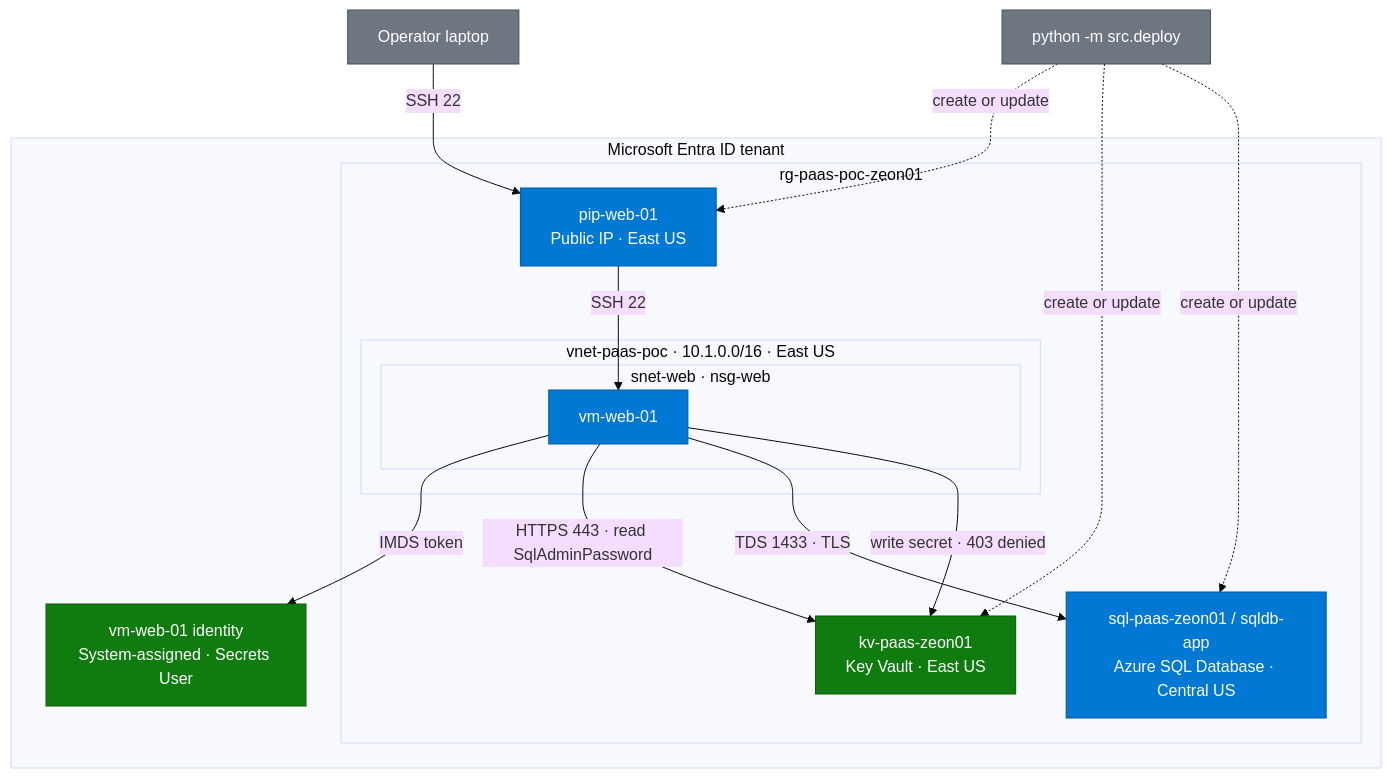
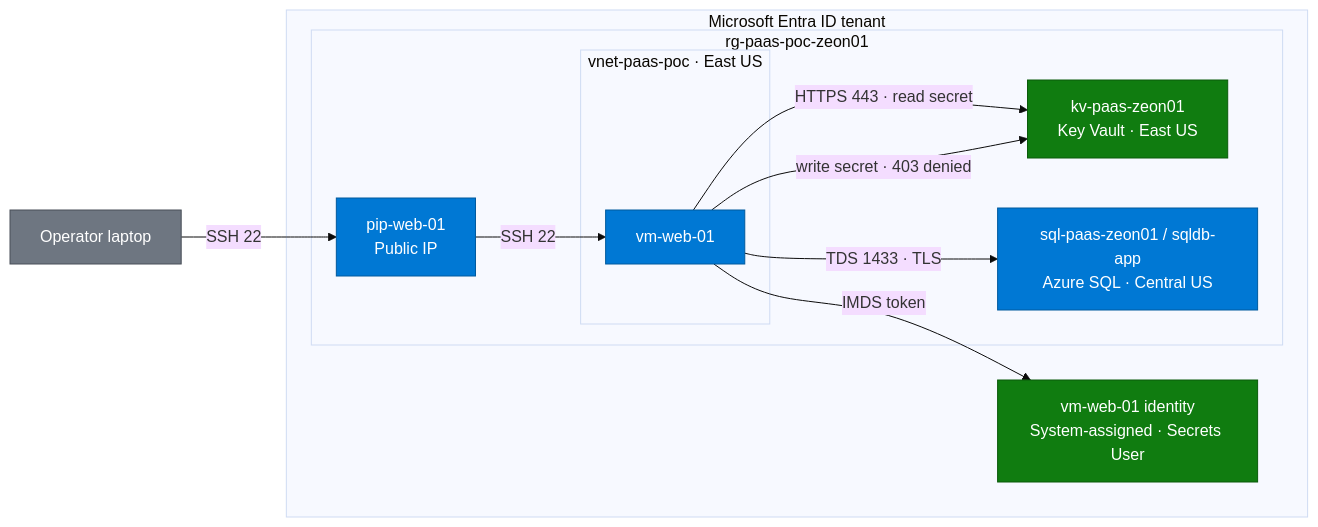
The diagram in README.md (zsociety47/azure-sql-keyvault-poc), drawn with Mermaid (base theme) before and after one commit. The commit also changed other lines of this file, not shown here.

Commit message:
Redraw the architecture as left-to-right live traffic only.

````diff
--- a/README.md
+++ b/README.md
@@ -344,37 +344,31 @@
 ```mermaid
-flowchart TD
-    deploy["python -m src.deploy"]
+flowchart LR
     operator["Operator laptop"]
 
     subgraph tenant["Microsoft Entra ID tenant"]
         ident["vm-web-01 identity<br/>System-assigned · Secrets User"]
         subgraph rg["rg-paas-poc-zeon01"]
-            pip["pip-web-01<br/>Public IP · East US"]
-            subgraph vnet["vnet-paas-poc · 10.1.0.0/16 · East US"]
-                subgraph web["snet-web · nsg-web"]
-                    vmweb["vm-web-01"]
-                end
+            pip["pip-web-01<br/>Public IP"]
+            subgraph vnet["vnet-paas-poc · East US"]
+                vmweb["vm-web-01"]
             end
             kv["kv-paas-zeon01<br/>Key Vault · East US"]
-            sqldb["sql-paas-zeon01 / sqldb-app<br/>Azure SQL Database · Central US"]
+            sqldb["sql-paas-zeon01 / sqldb-app<br/>Azure SQL · Central US"]
         end
     end
 
     operator -- "SSH 22" --> pip
     pip -- "SSH 22" --> vmweb
     vmweb -- "IMDS token" --> ident
-    vmweb -- "HTTPS 443 · read SqlAdminPassword" --> kv
+    vmweb -- "HTTPS 443 · read secret" --> kv
+    vmweb -- "write secret · 403 denied" --> kv
     vmweb -- "TDS 1433 · TLS" --> sqldb
-    vmweb -- "write secret · 403 denied" --> kv
-    deploy -. "create or update" .-> pip
-    deploy -. "create or update" .-> kv
-    deploy -. "create or update" .-> sqldb
 
     classDef azure fill:#0078d4,stroke:#005a9e,color:#fff
     classDef external fill:#6e7681,stroke:#484f58,color:#fff
     classDef identity fill:#107c10,stroke:#0b5a0b,color:#fff
 
     class pip,vmweb,sqldb azure
-    class operator,deploy external
+    class operator external
     class ident,kv identity
 ```
````
